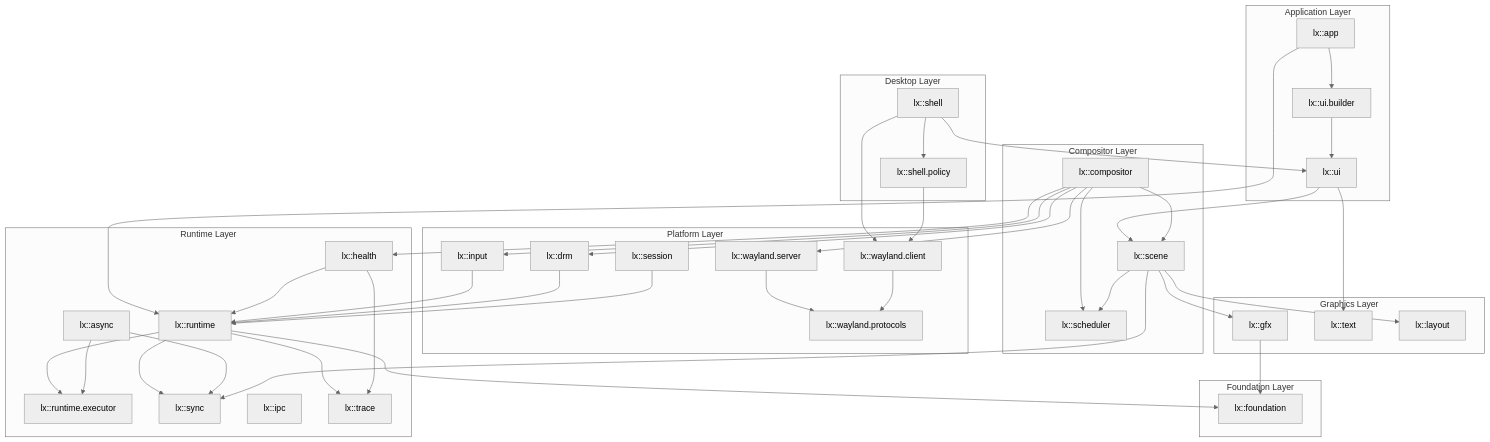
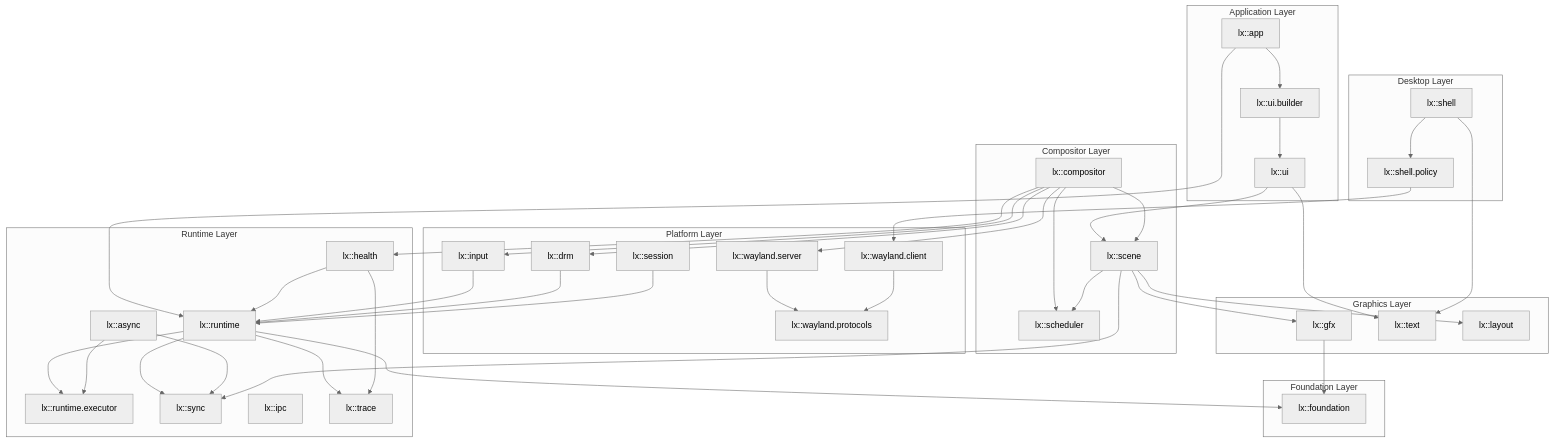
Before and after one commit to dimmus/lumen: the diagram in docs/uml/01-package-layers.mmd, drawn with Mermaid (neutral theme). The commit also changed 57 other files, not shown here.

```diff
--- a/docs/uml/01-package-layers.mmd
+++ b/docs/uml/01-package-layers.mmd
@@ -1,80 +1,79 @@
 flowchart TB
     subgraph Apps["Application Layer"]
         APP["lx::app"]
         UI["lx::ui"]
         UIB["lx::ui.builder"]
     end
 
     subgraph Desktop["Desktop Layer"]
         SHELL["lx::shell"]
         POLICY["lx::shell.policy"]
     end
 
     subgraph Compositing["Compositor Layer"]
         COMP["lx::compositor"]
         SCENE["lx::scene"]
         SCHED["lx::scheduler"]
     end
 
     subgraph Graphics["Graphics Layer"]
         GFX["lx::gfx"]
         TEXT["lx::text"]
         LAYOUT["lx::layout"]
     end
 
     subgraph Platform["Platform Layer"]
         WLS["lx::wayland.server"]
         WLC["lx::wayland.client"]
         WLPROT["lx::wayland.protocols"]
         INPUT["lx::input"]
         SESSION["lx::session"]
         DRM["lx::drm"]
     end
 
     subgraph Runtime["Runtime Layer"]
         RT["lx::runtime"]
         EXEC["lx::runtime.executor"]
         SYNC["lx::sync"]
         IPC["lx::ipc"]
         ASYNC["lx::async"]
         TRACE["lx::trace"]
         HEALTH["lx::health"]
     end
 
     subgraph Foundation["Foundation Layer"]
         FOUND["lx::foundation"]
     end
 
     APP --> UIB
     APP --> RT
     UI --> SCENE
     UI --> TEXT
     UIB --> UI
     SHELL --> POLICY
-    SHELL --> UI
-    SHELL --> WLC
+    SHELL --> TEXT
     POLICY --> WLC
     COMP --> WLS
     COMP --> SCENE
     COMP --> SCHED
     COMP --> INPUT
     COMP --> DRM
     COMP --> HEALTH
     SCENE --> GFX
     SCENE --> LAYOUT
     SCENE --> SCHED
     WLS --> WLPROT
     WLC --> WLPROT
     INPUT --> RT
     DRM --> RT
     SESSION --> RT
     GFX --> FOUND
     RT --> EXEC
     RT --> SYNC
     RT --> TRACE
     HEALTH --> RT
     HEALTH --> TRACE
     ASYNC --> SYNC
     ASYNC --> EXEC
     SCENE --> SYNC
     RT --> FOUND
```
